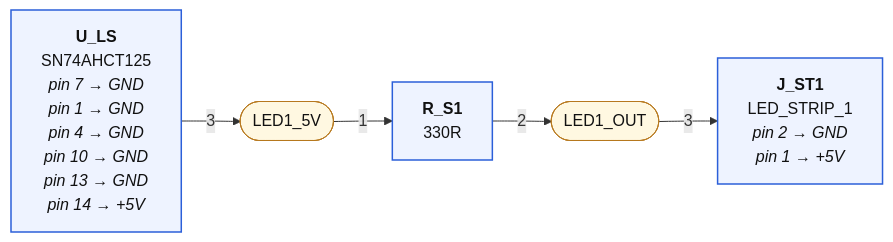
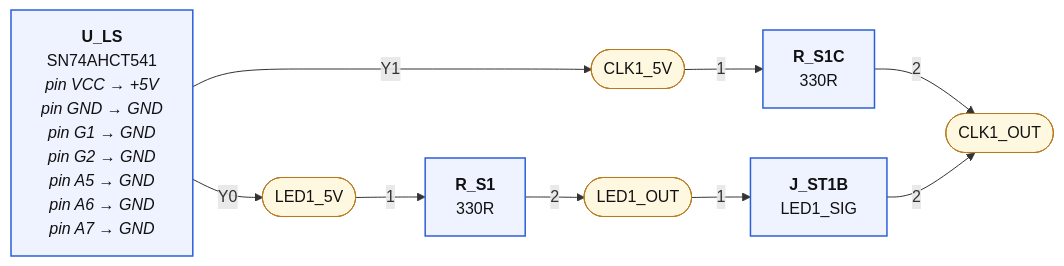
Before and after one commit to mrwillson2u/propmesh: the second of 5 diagrams in hardware/pro/sheets/05-led.diagram.md, drawn with Mermaid. The commit also changed other lines of this file and 44 other files, not shown here.

````diff
--- a/hardware/pro/sheets/05-led.diagram.md
+++ b/hardware/pro/sheets/05-led.diagram.md
@@ -36,19 +39,26 @@
 ```mermaid
 graph LR
   classDef part fill:#eef3ff,stroke:#2b5fd9,stroke-width:1.5px,color:#111
   classDef net fill:#fff8e1,stroke:#b7791f,color:#111
   classDef rail fill:#ffe0b2,stroke:#e65100,stroke-width:3px,color:#111,font-weight:bold
   classDef badnet fill:#ffe0e0,stroke:#c00,stroke-width:3px,color:#111,font-weight:bold
   classDef absent fill:#fff,stroke:#c00,stroke-width:2px,stroke-dasharray:6 4,color:#c00
   classDef extra fill:#ffecec,stroke:#c00,stroke-width:2px,color:#111
   classDef dnp fill:#f5f5f5,stroke:#999,stroke-dasharray:3 3,color:#666
   N_LED1_5V(["LED1_5V"]):::net
-  P_U_LS["<b>U_LS</b><br/>SN74AHCT125<br/><i>pin 7 → GND</i><br/><i>pin 1 → GND</i><br/><i>pin 4 → GND</i><br/><i>pin 10 → GND</i><br/><i>pin 13 → GND</i><br/><i>pin 14 → +5V</i>"]:::part
-  P_U_LS --"3"--> N_LED1_5V
+  P_U_LS["<b>U_LS</b><br/>SN74AHCT541<br/><i>pin VCC → +5V</i><br/><i>pin GND → GND</i><br/><i>pin G1 → GND</i><br/><i>pin G2 → GND</i><br/><i>pin A5 → GND</i><br/><i>pin A6 → GND</i><br/><i>pin A7 → GND</i>"]:::part
+  P_U_LS --"Y0"--> N_LED1_5V
   P_R_S1["<b>R_S1</b><br/>330R"]:::part
   N_LED1_5V --"1"--> P_R_S1
   N_LED1_OUT(["LED1_OUT"]):::net
   P_R_S1 --"2"--> N_LED1_OUT
-  P_J_ST1["<b>J_ST1</b><br/>LED_STRIP_1<br/><i>pin 2 → GND</i><br/><i>pin 1 → +5V</i>"]:::part
-  N_LED1_OUT --"3"--> P_J_ST1
+  P_J_ST1B["<b>J_ST1B</b><br/>LED1_SIG"]:::part
+  N_LED1_OUT --"1"--> P_J_ST1B
+  N_CLK1_5V(["CLK1_5V"]):::net
+  P_U_LS --"Y1"--> N_CLK1_5V
+  P_R_S1C["<b>R_S1C</b><br/>330R"]:::part
+  N_CLK1_5V --"1"--> P_R_S1C
+  N_CLK1_OUT(["CLK1_OUT"]):::net
+  P_R_S1C --"2"--> N_CLK1_OUT
+  P_J_ST1B --"2"--> N_CLK1_OUT
 ```
````
